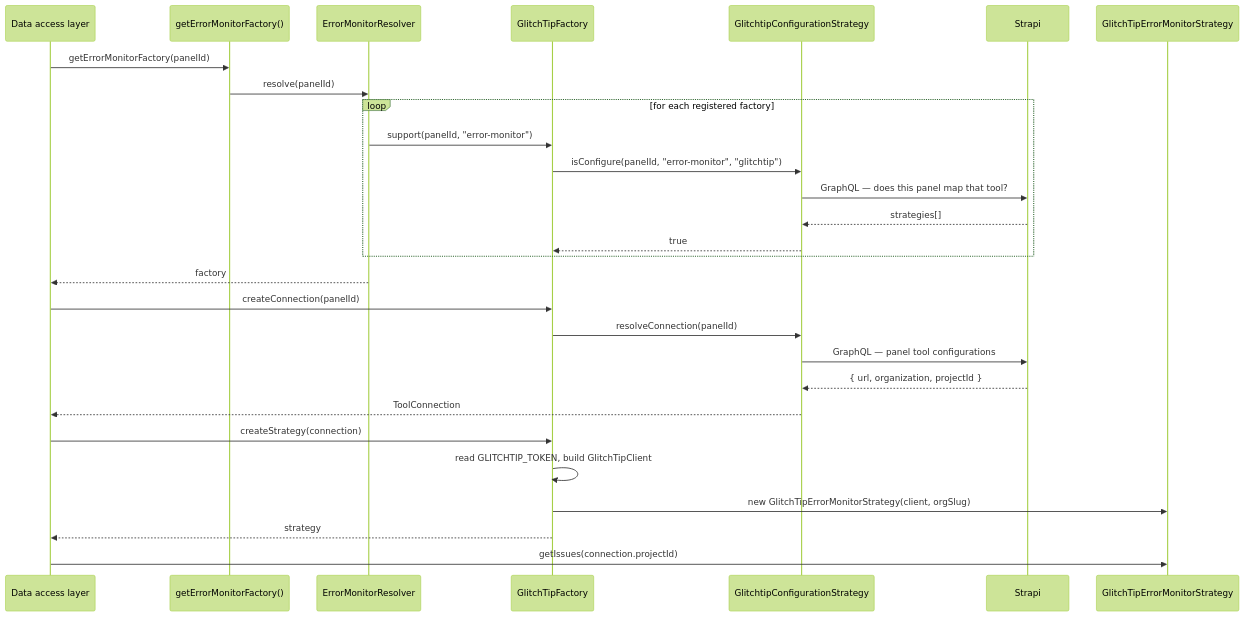
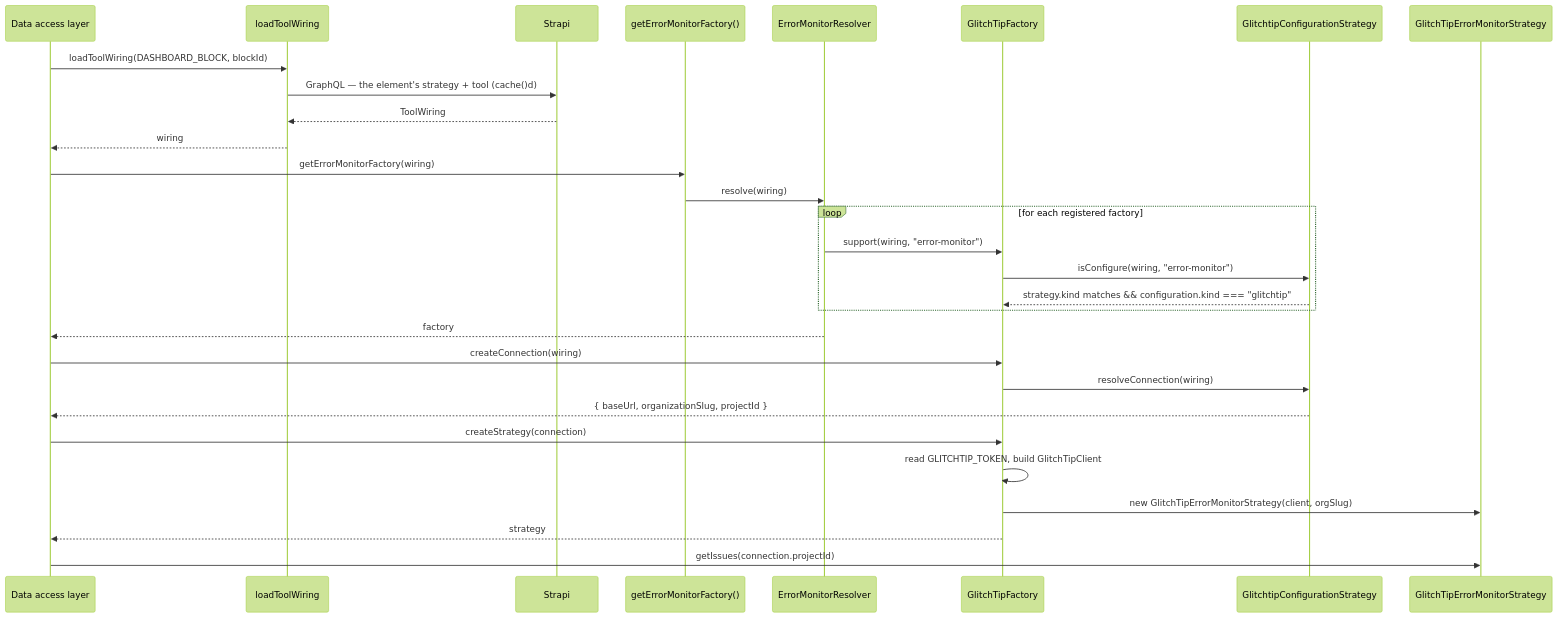
The second of 3 diagrams in apps/docs-site/docs/monitors.md (webteamuxco/dashboard-monitor), drawn with Mermaid (forest theme) before and after one commit. The commit also changed other lines of this file and 10 other files, not shown here.

````diff
--- a/apps/docs-site/docs/monitors.md
+++ b/apps/docs-site/docs/monitors.md
@@ -116,34 +130,36 @@
 ```mermaid
 sequenceDiagram
     participant Caller as Data access layer
+    participant Load as loadToolWiring
+    participant Strapi
     participant Get as getErrorMonitorFactory()
     participant Resolver as ErrorMonitorResolver
     participant Factory as GlitchTipFactory
     participant Config as GlitchtipConfigurationStrategy
-    participant Strapi
     participant Strategy as GlitchTipErrorMonitorStrategy
 
-    Caller->>Get: getErrorMonitorFactory(panelId)
-    Get->>Resolver: resolve(panelId)
+    Caller->>Load: loadToolWiring(DASHBOARD_BLOCK, blockId)
+    Load->>Strapi: GraphQL — the element's strategy + tool (cache()d)
+    Strapi-->>Load: ToolWiring
+    Load-->>Caller: wiring
+
+    Caller->>Get: getErrorMonitorFactory(wiring)
+    Get->>Resolver: resolve(wiring)
     loop for each registered factory
-        Resolver->>Factory: support(panelId, "error-monitor")
-        Factory->>Config: isConfigure(panelId, "error-monitor", "glitchtip")
-        Config->>Strapi: GraphQL — does this panel map that tool?
-        Strapi-->>Config: strategies[]
-        Config-->>Factory: true
+        Resolver->>Factory: support(wiring, "error-monitor")
+        Factory->>Config: isConfigure(wiring, "error-monitor")
+        Config-->>Factory: strategy.kind matches && configuration.kind === "glitchtip"
     end
     Resolver-->>Caller: factory
 
-    Caller->>Factory: createConnection(panelId)
-    Factory->>Config: resolveConnection(panelId)
-    Config->>Strapi: GraphQL — panel tool configurations
-    Strapi-->>Config: { url, organization, projectId }
-    Config-->>Caller: ToolConnection
+    Caller->>Factory: createConnection(wiring)
+    Factory->>Config: resolveConnection(wiring)
+    Config-->>Caller: { baseUrl, organizationSlug, projectId }
 
     Caller->>Factory: createStrategy(connection)
     Factory->>Factory: read GLITCHTIP_TOKEN, build GlitchTipClient
     Factory->>Strategy: new GlitchTipErrorMonitorStrategy(client, orgSlug)
     Factory-->>Caller: strategy
 
     Caller->>Strategy: getIssues(connection.projectId)
 ```
````
